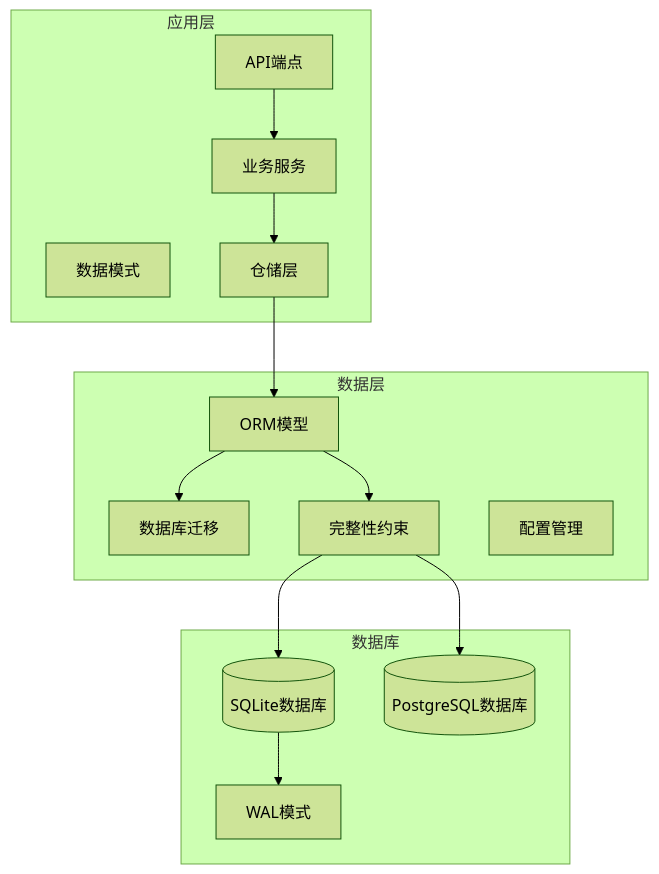
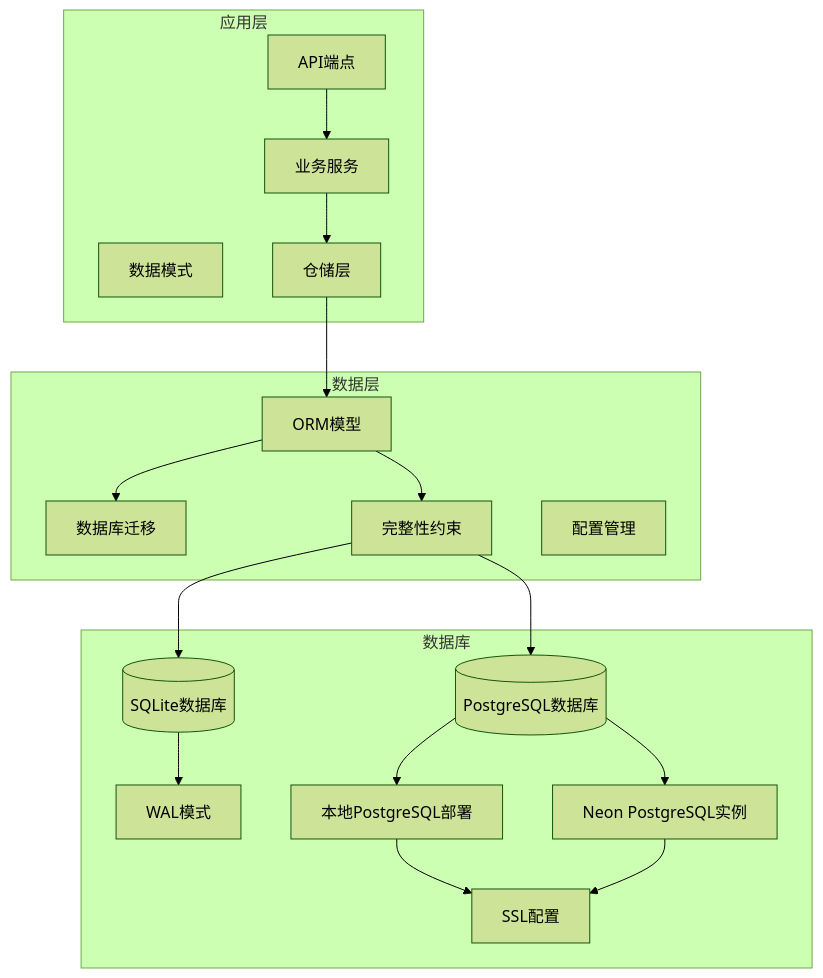
The first of 16 diagrams in .qoder/repowiki/zh/content/数据库设计/数据库模式增强.md (breeze-lyf/ai-stock-advisor), drawn with Mermaid (forest theme) before and after one commit. The commit also changed other lines of this file and 10 other files, not shown here.

````diff
--- a/.qoder/repowiki/zh/content/数据库设计/数据库模式增强.md
+++ b/.qoder/repowiki/zh/content/数据库设计/数据库模式增强.md
@@ -82,28 +86,35 @@
 ```mermaid
 graph TB
 subgraph "应用层"
 API[API端点]
 Services[业务服务]
 Schemas[数据模式]
 Repositories[仓储层]
 end
 subgraph "数据层"
 Models[ORM模型]
 Migrations[数据库迁移]
 Constraints[完整性约束]
 Config[配置管理]
 end
 subgraph "数据库"
 SQLite[(SQLite数据库)]
 WAL[WAL模式]
 PostgreSQL[(PostgreSQL数据库)]
+Neon[Neon PostgreSQL实例]
+Local[本地PostgreSQL部署]
+SSL[SSL配置]
 end
 API --> Services
 Services --> Repositories
 Repositories --> Models
 Models --> Migrations
 Models --> Constraints
 Constraints --> SQLite
 Constraints --> PostgreSQL
+PostgreSQL --> Neon
+PostgreSQL --> Local
+Local --> SSL
+Neon --> SSL
 SQLite --> WAL
 ```
````
